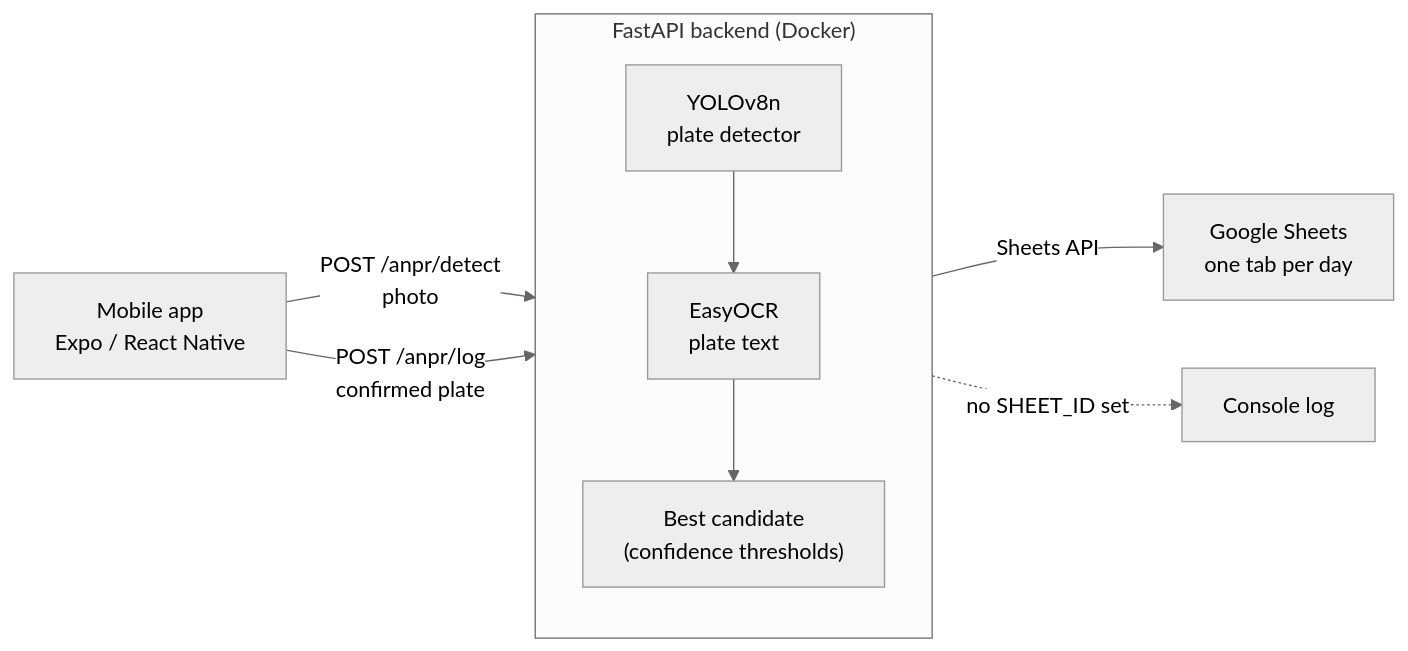
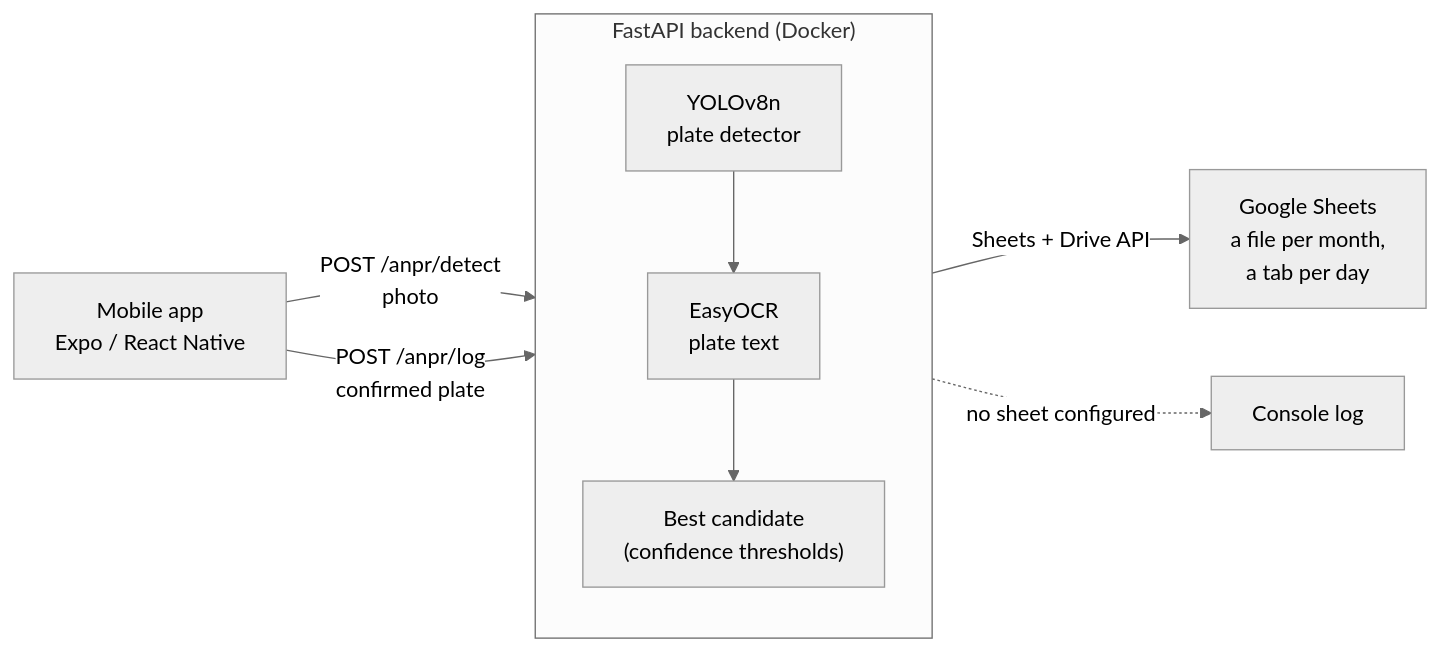
Before and after one commit to mikeee-anderson/anpr-fleet-tool: the diagram in README.md, drawn with Mermaid (neutral theme). The commit also changed other lines of this file and 22 other files, not shown here.

First line of the commit message:
Fill the yard audit spreadsheet: month files, day tabs, REGO column

````diff
--- a/README.md
+++ b/README.md
@@ -23,12 +23,12 @@
 ```mermaid
 flowchart LR
     A["Mobile app<br/>Expo / React Native"] -->|"POST /anpr/detect<br/>photo"| B
     A -->|"POST /anpr/log<br/>confirmed plate"| B
     subgraph B["FastAPI backend (Docker)"]
         direction TB
         D["YOLOv8n<br/>plate detector"] --> O["EasyOCR<br/>plate text"]
         O --> P["Best candidate<br/>(confidence thresholds)"]
     end
-    B -->|"Sheets API"| C["Google Sheets<br/>one tab per day"]
-    B -.->|"no SHEET_ID set"| L["Console log"]
+    B -->|"Sheets + Drive API"| C["Google Sheets<br/>a file per month,<br/>a tab per day"]
+    B -.->|"no sheet configured"| L["Console log"]
 ```
````
